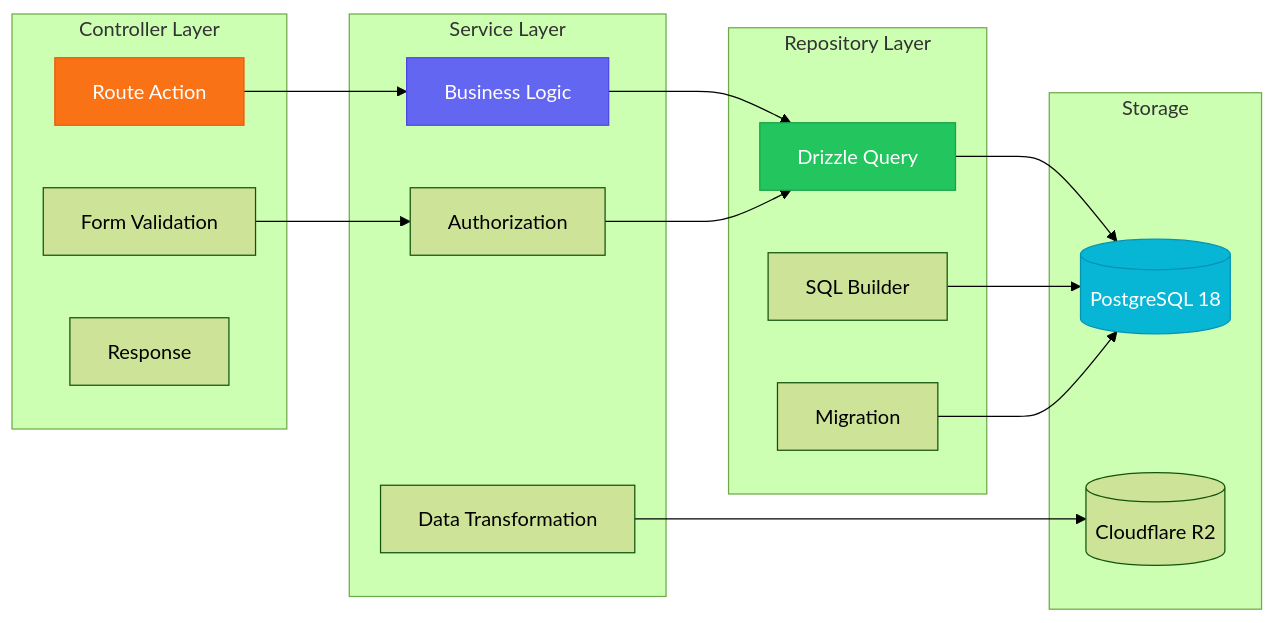
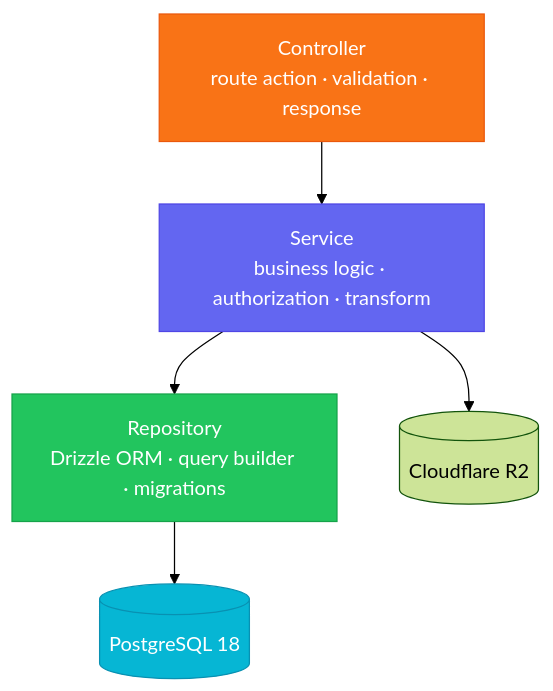
The sixth of 6 diagrams in README.md (stancona/portfolio), drawn with Mermaid (forest theme) before and after one commit. The commit also changed other lines of this file and 30 other files, not shown here.

First line of the commit message:
fix: compact Mermaid diagrams, remove Astro dev toolbar from captures

````diff
--- a/README.md
+++ b/README.md
@@ -388,39 +237,12 @@
 ```mermaid
-graph LR
-    subgraph "Controller Layer"
-        C1[Route Action]
-        C2[Form Validation]
-        C3[Response]
-    end
+graph TB
+    C["Controller<br/>route action · validation · response"] --> S["Service<br/>business logic · authorization · transform"]
+    S --> R["Repository<br/>Drizzle ORM · query builder · migrations"]
+    R --> DB[("PostgreSQL 18")]
+    S --> R2[("Cloudflare R2")]
 
-    subgraph "Service Layer"
-        S1[Business Logic]
-        S2[Authorization]
-        S3[Data Transformation]
-    end
-
-    subgraph "Repository Layer"
-        R1[Drizzle Query]
-        R2[SQL Builder]
-        R3[Migration]
-    end
-
-    subgraph "Storage"
-        DB[(PostgreSQL 18)]
-        R2B[(Cloudflare R2)]
-    end
-
-    C1 --> S1
-    C2 --> S2
-    S1 --> R1
-    S2 --> R1
-    S3 --> R2B
-    R1 --> DB
-    R2 --> DB
-    R3 --> DB
-
-    style C1 fill:#f97316,stroke:#ea580c,color:#fff
-    style S1 fill:#6366f1,stroke:#4f46e5,color:#fff
-    style R1 fill:#22c55e,stroke:#16a34a,color:#fff
+    style C fill:#f97316,stroke:#ea580c,color:#fff
+    style S fill:#6366f1,stroke:#4f46e5,color:#fff
+    style R fill:#22c55e,stroke:#16a34a,color:#fff
     style DB fill:#06b6d4,stroke:#0891b2,color:#fff
 ```
````
